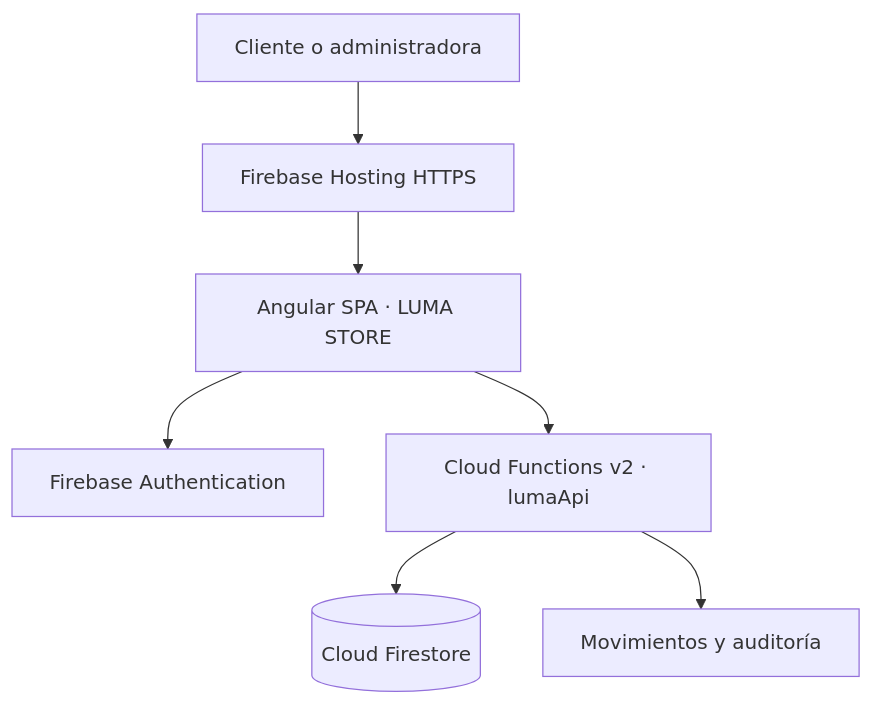
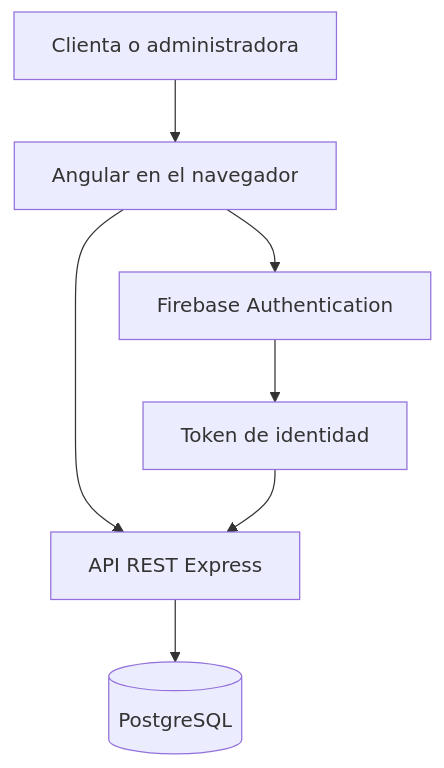
Before and after one commit to barbieriberav-blip/luma-store: the diagram in proyecto_luma/docs/05_ARQUITECTURA.md, drawn with Mermaid. The commit also changed other lines of this file and 114 other files, not shown here.

Commit message:
Completar galería, accesibilidad y evidencias de LUMA con PostgreSQL

````diff
--- a/proyecto_luma/docs/05_ARQUITECTURA.md
+++ b/proyecto_luma/docs/05_ARQUITECTURA.md
@@ -5,9 +3,9 @@
 ```mermaid
 flowchart TB
-  C[Cliente o administradora] --> H[Firebase Hosting HTTPS]
-  H --> A[Angular SPA · LUMA STORE]
-  A --> AU[Firebase Authentication]
-  A --> F[Cloud Functions v2 · lumaApi]
-  F --> DB[(Cloud Firestore)]
-  F --> L[Movimientos y auditoría]
+  U["Clienta o administradora"] --> A["Angular en el navegador"]
+  A --> F["Firebase Authentication"]
+  A --> R["API REST Express"]
+  F --> T["Token de identidad"]
+  T --> R
+  R --> P[("PostgreSQL")]
 ```
````
